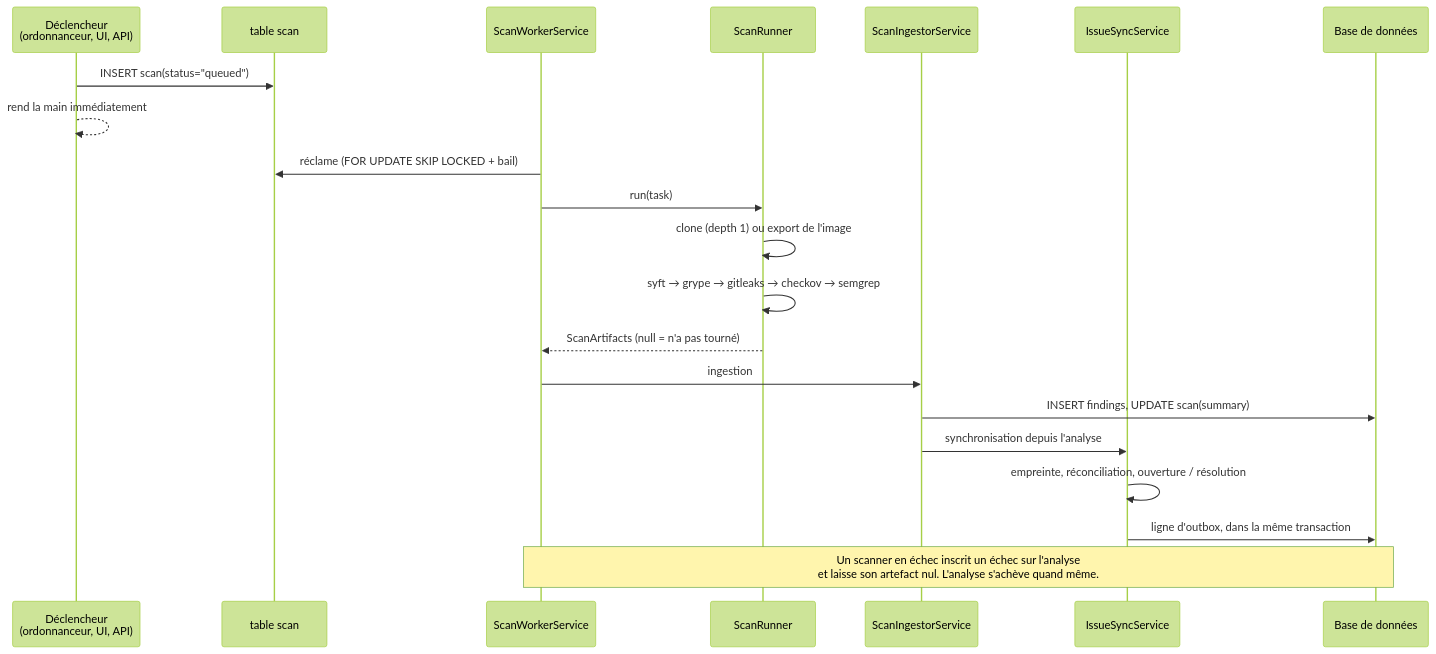
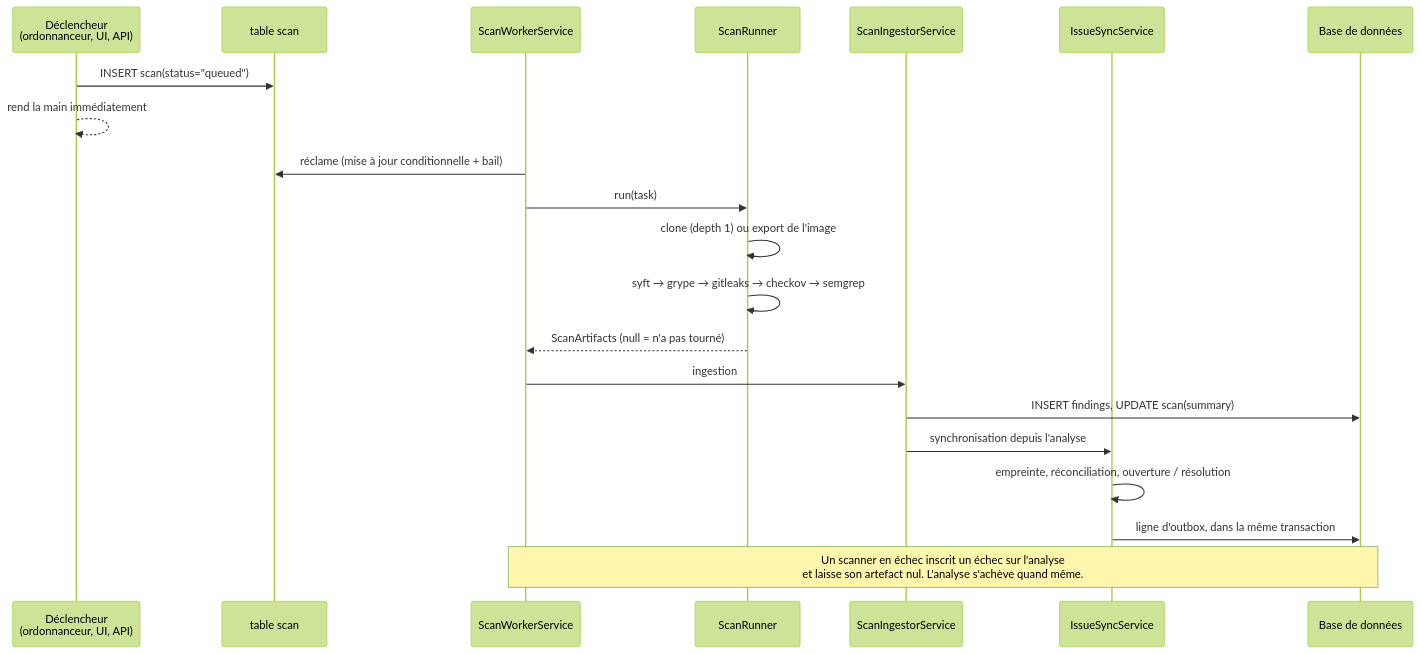
The third of 3 diagrams in docs/fr/TECHNICAL_DOCUMENTATION.fr.md (asmolabs/vectispire), drawn with Mermaid (forest theme) before and after one commit. The commit also changed 4 other files, not shown here.

First line of the commit message:
docs(scanning): the scan claim is a conditional take, not FOR UPDATE SKIP LOCKED, wherever that was still said

````diff
--- a/docs/fr/TECHNICAL_DOCUMENTATION.fr.md
+++ b/docs/fr/TECHNICAL_DOCUMENTATION.fr.md
@@ -272,24 +272,24 @@
 ```mermaid
 sequenceDiagram
     participant T as Déclencheur<br/>(ordonnanceur, UI, API)
     participant Q as table scan
     participant W as ScanWorkerService
     participant R as ScanRunner
     participant I as ScanIngestorService
     participant S as IssueSyncService
     participant DB as Base de données
 
     T->>Q: INSERT scan(status="queued")
     T-->>T: rend la main immédiatement
-    W->>Q: réclame (FOR UPDATE SKIP LOCKED + bail)
+    W->>Q: réclame (mise à jour conditionnelle + bail)
     W->>R: run(task)
     R->>R: clone (depth 1) ou export de l'image
     R->>R: syft → grype → gitleaks → checkov → semgrep
     R-->>W: ScanArtifacts (null = n'a pas tourné)
     W->>I: ingestion
     I->>DB: INSERT findings, UPDATE scan(summary)
     I->>S: synchronisation depuis l'analyse
     S->>S: empreinte, réconciliation, ouverture / résolution
     S->>DB: ligne d'outbox, dans la même transaction
     Note over W,DB: Un scanner en échec inscrit un échec sur l'analyse<br/>et laisse son artefact nul. L'analyse s'achève quand même.
 ```
````
